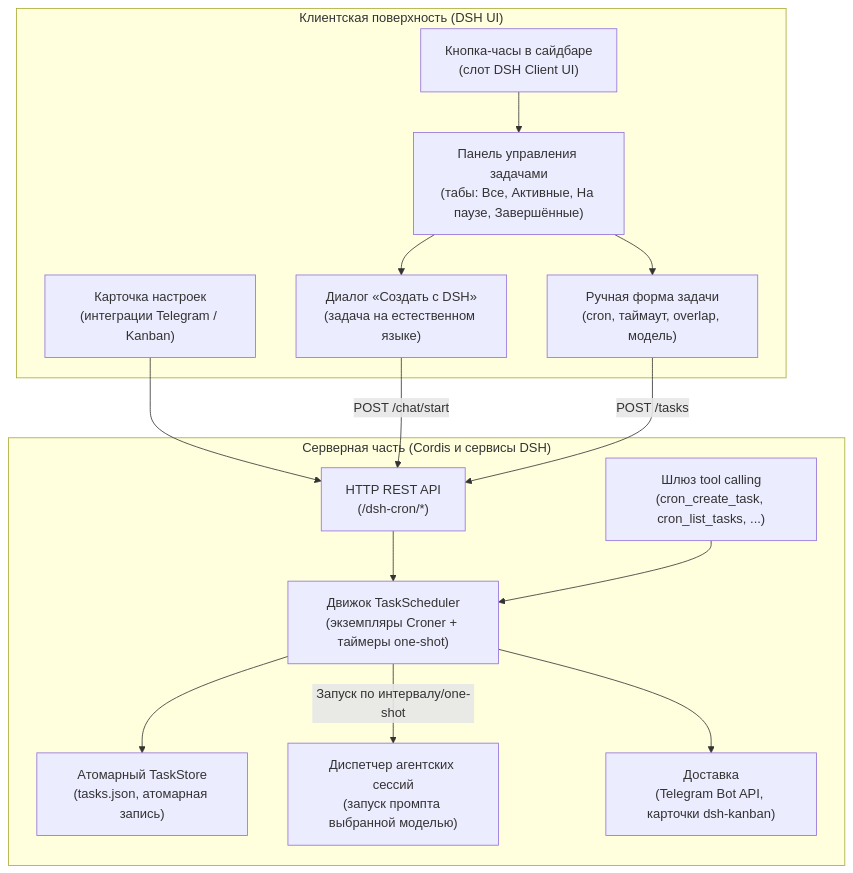
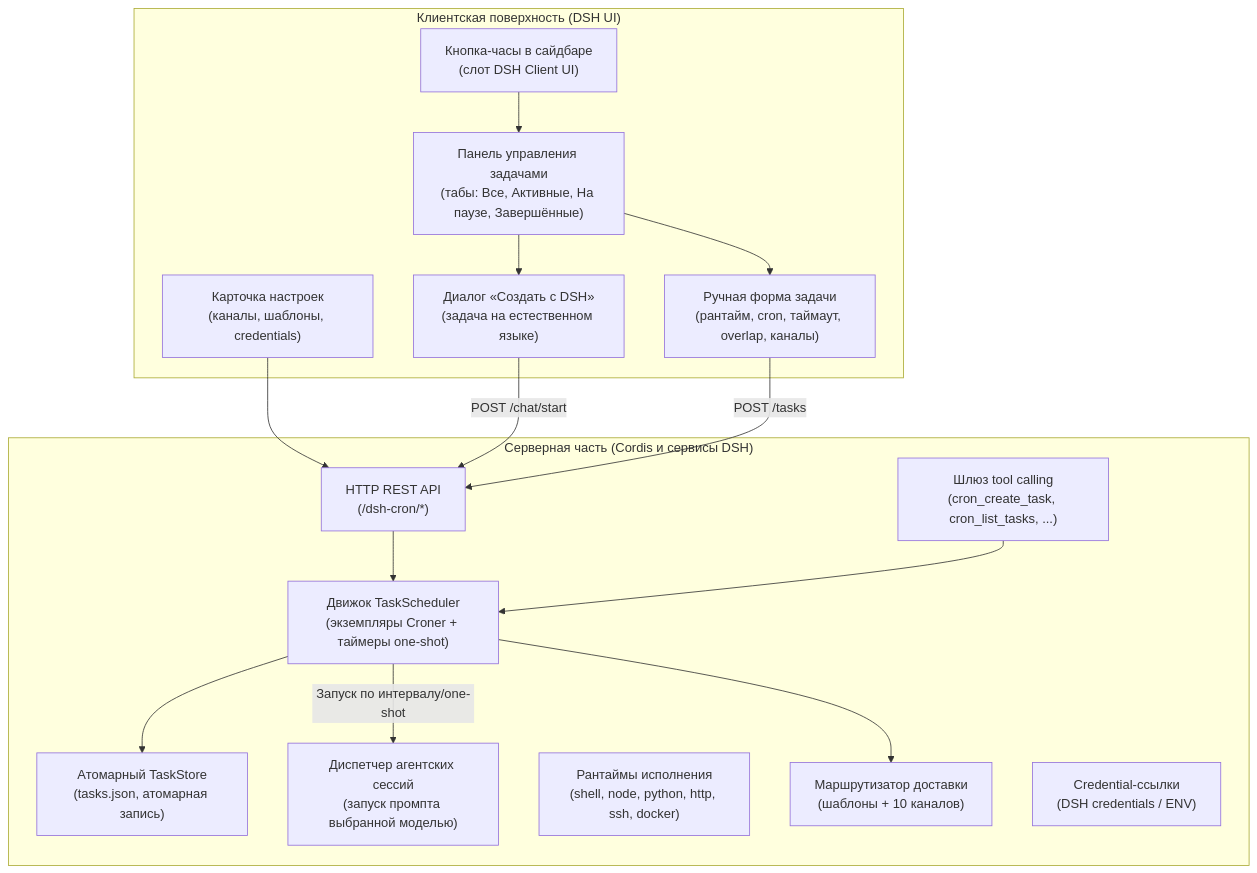
The diagram in docs/README.ru.md (GooDAnDReaDY/dsh-cron), drawn with Mermaid before and after one commit. The commit also changed other lines of this file and 5 other files, not shown here.

First line of the commit message:
docs: describe runtimes, delivery channels, templates and credential references

````diff
--- a/docs/README.ru.md
+++ b/docs/README.ru.md
@@ -43,31 +45,33 @@
 ```mermaid
 graph TD
     subgraph Client ["Клиентская поверхность (DSH UI)"]
         SidebarBtn["Кнопка-часы в сайдбаре<br/>(слот DSH Client UI)"]
         Overlay["Панель управления задачами<br/>(табы: Все, Активные, На паузе, Завершённые)"]
         CreateWithDSH["Диалог «Создать с DSH»<br/>(задача на естественном языке)"]
-        ManualForm["Ручная форма задачи<br/>(cron, таймаут, overlap, модель)"]
-        SettingsCard["Карточка настроек<br/>(интеграции Telegram / Kanban)"]
+        ManualForm["Ручная форма задачи<br/>(рантайм, cron, таймаут, overlap, каналы)"]
+        SettingsCard["Карточка настроек<br/>(каналы, шаблоны, credentials)"]
     end
 
     subgraph Server ["Серверная часть (Cordis и сервисы DSH)"]
         HttpRoutes["HTTP REST API<br/>(/dsh-cron/*)"]
         AgentTools["Шлюз tool calling<br/>(cron_create_task, cron_list_tasks, ...)"]
         Scheduler["Движок TaskScheduler<br/>(экземпляры Croner + таймеры one-shot)"]
         Store["Атомарный TaskStore<br/>(tasks.json, атомарная запись)"]
         AgentRunner["Диспетчер агентских сессий<br/>(запуск промпта выбранной моделью)"]
-        Notify["Доставка<br/>(Telegram Bot API, карточки dsh-kanban)"]
+        Runtimes["Рантаймы исполнения<br/>(shell, node, python, http, ssh, docker)"]
+        Notify["Маршрутизатор доставки<br/>(шаблоны + 10 каналов)"]
+        Secrets["Credential-ссылки<br/>(DSH credentials / ENV)"]
     end
 
     SidebarBtn --> Overlay
     Overlay --> CreateWithDSH
     Overlay --> ManualForm
     SettingsCard --> HttpRoutes
     CreateWithDSH -->|POST /chat/start| HttpRoutes
     ManualForm -->|POST /tasks| HttpRoutes
     HttpRoutes --> Scheduler
     AgentTools --> Scheduler
     Scheduler --> Store
     Scheduler -->|Запуск по интервалу/one-shot| AgentRunner
     Scheduler --> Notify
 ```
````
